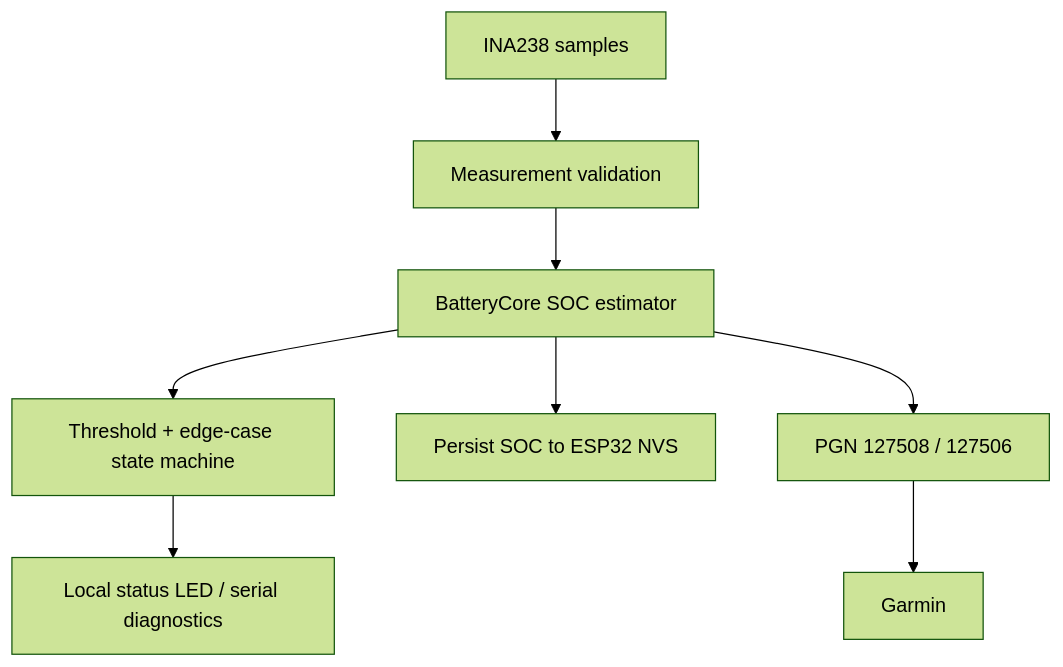
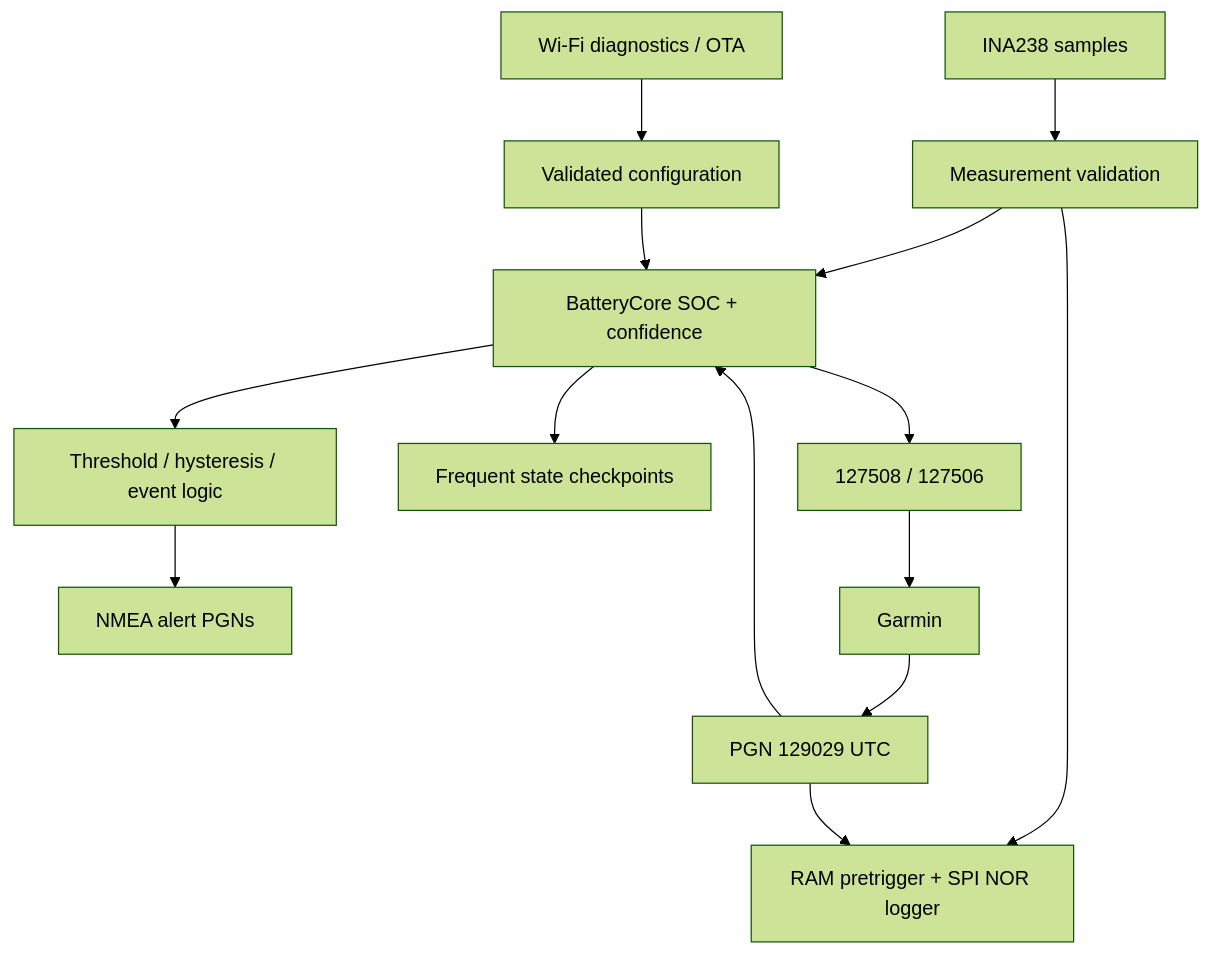
The second of 2 diagrams in docs/architecture.md (Weisni/BatterySentinel-N2K), drawn with Mermaid (forest theme) before and after one commit. The commit also changed other lines of this file, not shown here.

Commit message:
Update architecture for diagnostics, logging and corrected system battery

````diff
--- a/docs/architecture.md
+++ b/docs/architecture.md
@@ -119,10 +176,16 @@
 ```mermaid
 flowchart TD
     ADC[INA238 samples] --> MEAS[Measurement validation]
-    MEAS --> SOC[BatteryCore SOC estimator]
-    SOC --> ALERT[Threshold + edge-case state machine]
-    SOC --> NVS[Persist SOC to ESP32 NVS]
-    SOC --> NMEA[PGN 127508 / 127506]
-    ALERT --> LED[Local status LED / serial diagnostics]
+    MEAS --> SOC[BatteryCore SOC + confidence]
+    SOC --> ALERT[Threshold / hysteresis / event logic]
+    SOC --> FRAM[Frequent state checkpoints]
+    SOC --> NMEA[127508 / 127506]
+    ALERT --> NMEAALERT[NMEA alert PGNs]
+    MEAS --> LOG[RAM pretrigger + SPI NOR logger]
     NMEA --> MFD[Garmin]
+    MFD --> TIME[PGN 129029 UTC]
+    TIME --> SOC
+    TIME --> LOG
+    WEB[Wi-Fi diagnostics / OTA] --> CFG[Validated configuration]
+    CFG --> SOC
 ```
````
